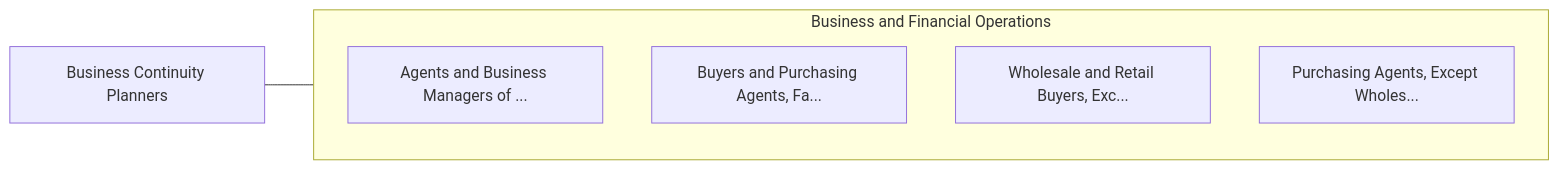
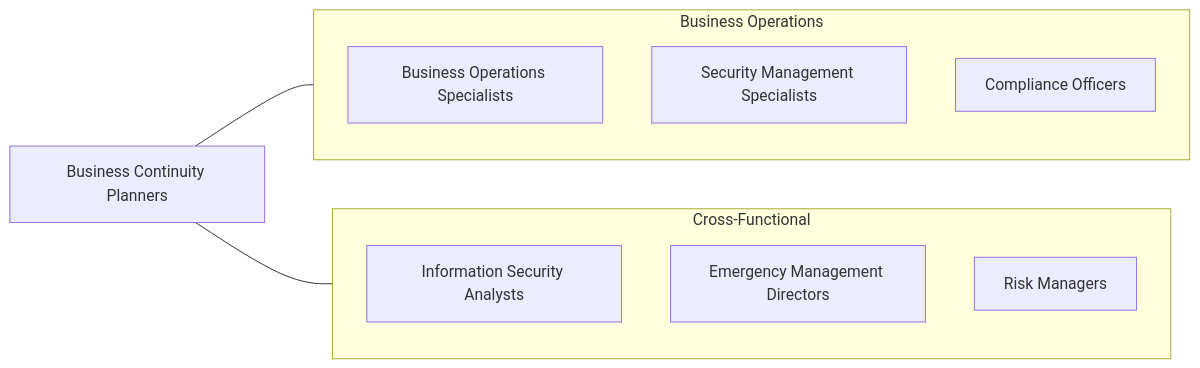
Before and after one commit to kziemski/business.org.ai: the fourth of 4 diagrams in occupations/Business/BusinessContinuityPlanners.mdx, drawn with Mermaid. The commit also changed other lines of this file and 938 other files, not shown here.

````diff
--- a/occupations/Business/BusinessContinuityPlanners.mdx
+++ b/occupations/Business/BusinessContinuityPlanners.mdx
@@ -110,13 +184,19 @@
 ```mermaid
 graph LR
-    Current["Business Continuity Planners"]
+    BCP["Business Continuity Planners"]
 
-    subgraph SameCategory["Business and Financial Operations"]
-        AgentsAndBusinessMan["Agents and Business Managers of ..."]
-        BuyersAndPurchasingA["Buyers and Purchasing Agents, Fa..."]
-        WholesaleAndRetailBu["Wholesale and Retail Buyers, Exc..."]
-        PurchasingAgentsExce["Purchasing Agents, Except Wholes..."]
+    subgraph SameCategory["Business Operations"]
+        BOS["Business Operations Specialists"]
+        SMS["Security Management Specialists"]
+        CO["Compliance Officers"]
     end
 
-    Current --- SameCategory
+    subgraph CrossFunctional["Cross-Functional"]
+        ISA["Information Security Analysts"]
+        EM["Emergency Management Directors"]
+        RM["Risk Managers"]
+    end
+
+    BCP --- SameCategory
+    BCP --- CrossFunctional
 ```
````
